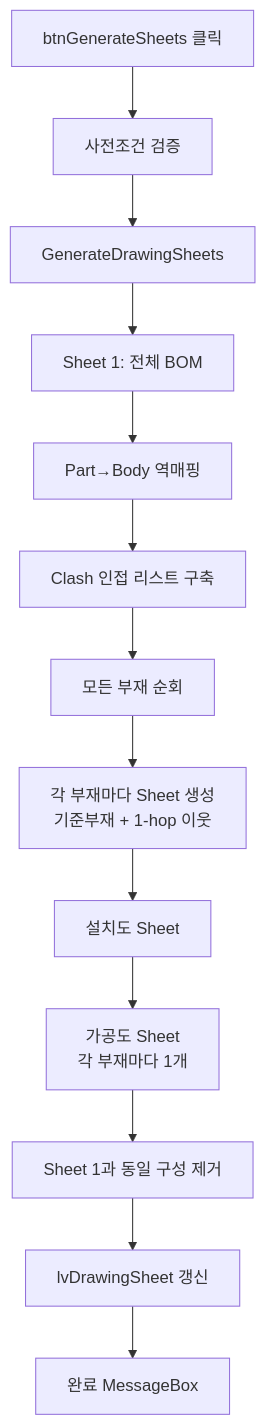
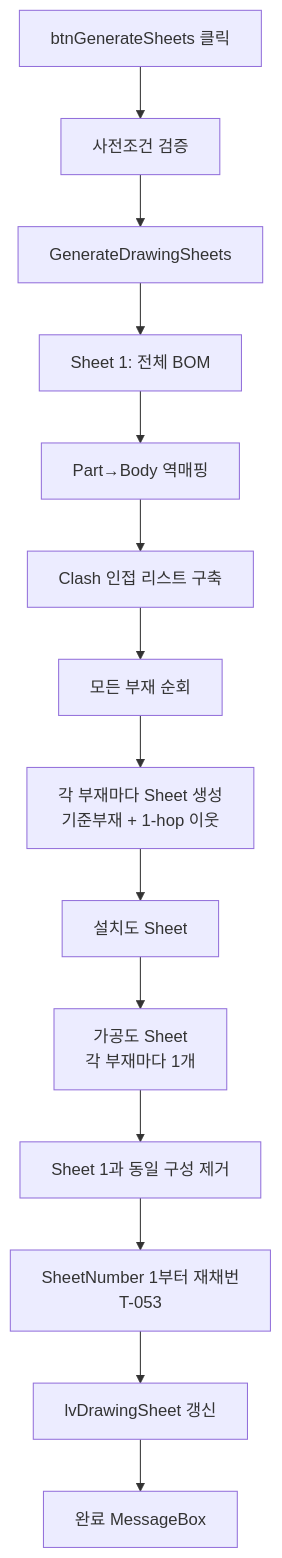
The diagram in docs/features/drawing-sheets/generate-sheets.md (uuuuj/a2z), drawn with Mermaid before and after one commit. The commit also changed other lines of this file and 10 other files, not shown here.

````diff
--- a/docs/features/drawing-sheets/generate-sheets.md
+++ b/docs/features/drawing-sheets/generate-sheets.md
@@ -30,15 +30,16 @@
 ```mermaid
 flowchart TD
     A[btnGenerateSheets 클릭] --> B[사전조건 검증]
     B --> C[GenerateDrawingSheets]
     C --> D[Sheet 1: 전체 BOM]
     D --> E[Part→Body 역매핑]
     E --> F[Clash 인접 리스트 구축]
     F --> G[모든 부재 순회]
     G --> H[각 부재마다 Sheet 생성<br/>기준부재 + 1-hop 이웃]
     H --> I[설치도 Sheet]
     I --> J[가공도 Sheet<br/>각 부재마다 1개]
     J --> K[Sheet 1과 동일 구성 제거]
-    K --> L[lvDrawingSheet 갱신]
+    K --> K2[SheetNumber 1부터 재채번<br/>T-053]
+    K2 --> L[lvDrawingSheet 갱신]
     L --> M[완료 MessageBox]
 ```
````
